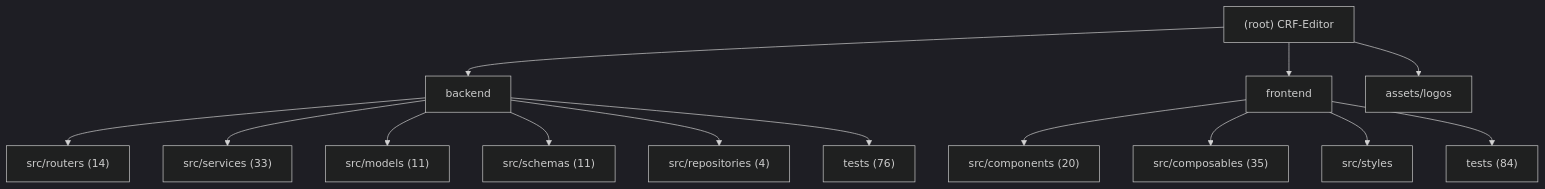
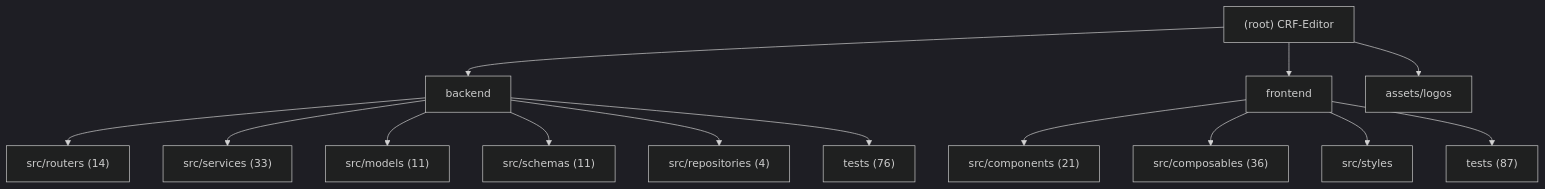
The diagram in .claude/CLAUDE.md (decade6666/CRF-Editor), drawn with Mermaid (dark theme) before and after one commit. The commit also changed other lines of this file and 5 other files, not shown here.

````diff
--- a/.claude/CLAUDE.md
+++ b/.claude/CLAUDE.md
@@ -15,19 +15,19 @@
 ```mermaid
 graph TD
     A["(root) CRF-Editor"] --> B["backend"];
     B --> B1["src/routers (14)"];
     B --> B2["src/services (33)"];
     B --> B3["src/models (11)"];
     B --> B4["src/schemas (11)"];
     B --> B5["src/repositories (4)"];
     B --> B6["tests (76)"];
     A --> C["frontend"];
-    C --> C1["src/components (20)"];
-    C --> C2["src/composables (35)"];
+    C --> C1["src/components (21)"];
+    C --> C2["src/composables (36)"];
     C --> C3["src/styles"];
-    C --> C4["tests (84)"];
+    C --> C4["tests (87)"];
     A --> D["assets/logos"];
 
     click B "./backend/.claude/CLAUDE.md" "View backend module docs"
     click C "./frontend/.claude/CLAUDE.md" "View frontend module docs"
 ```
````
